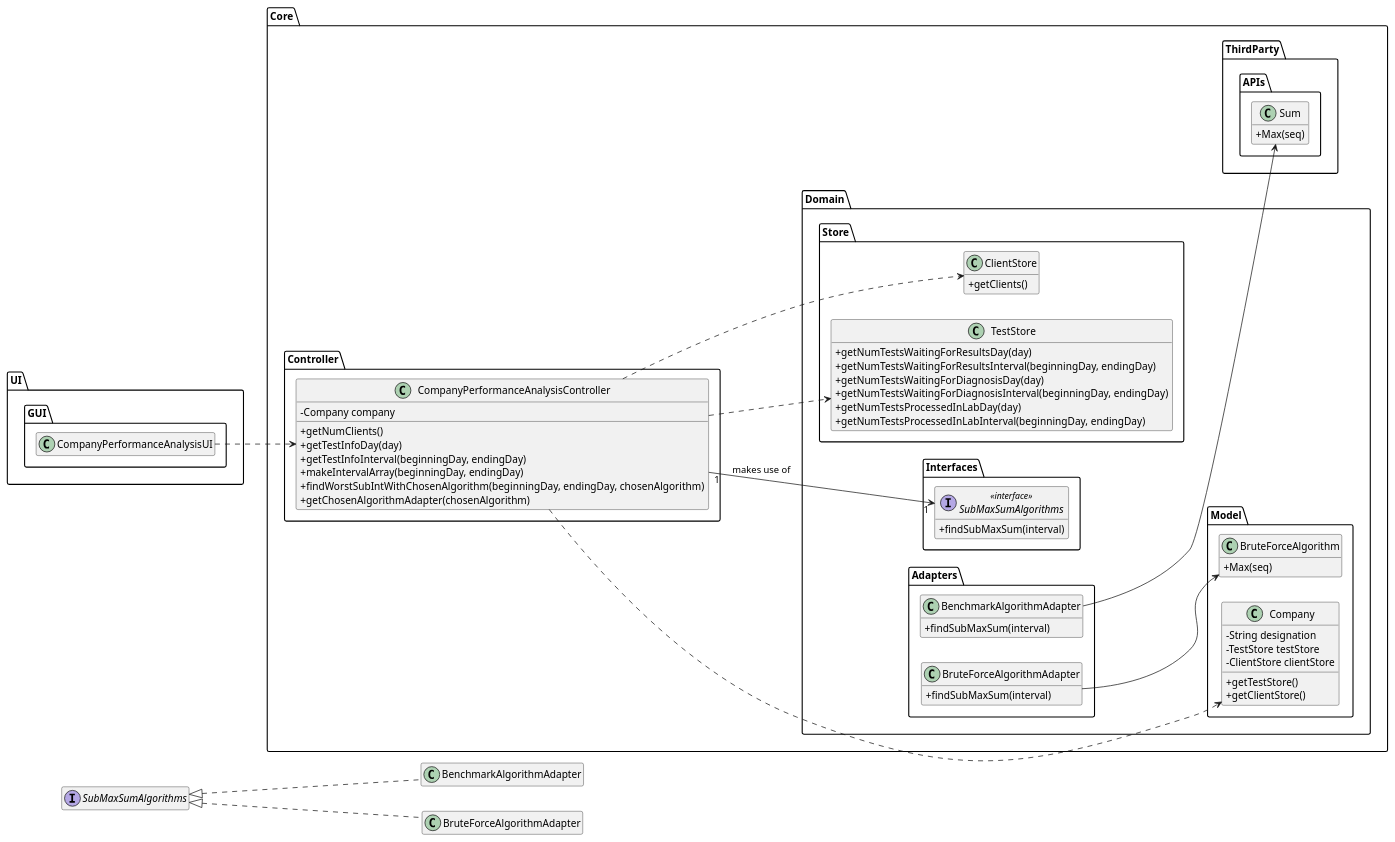
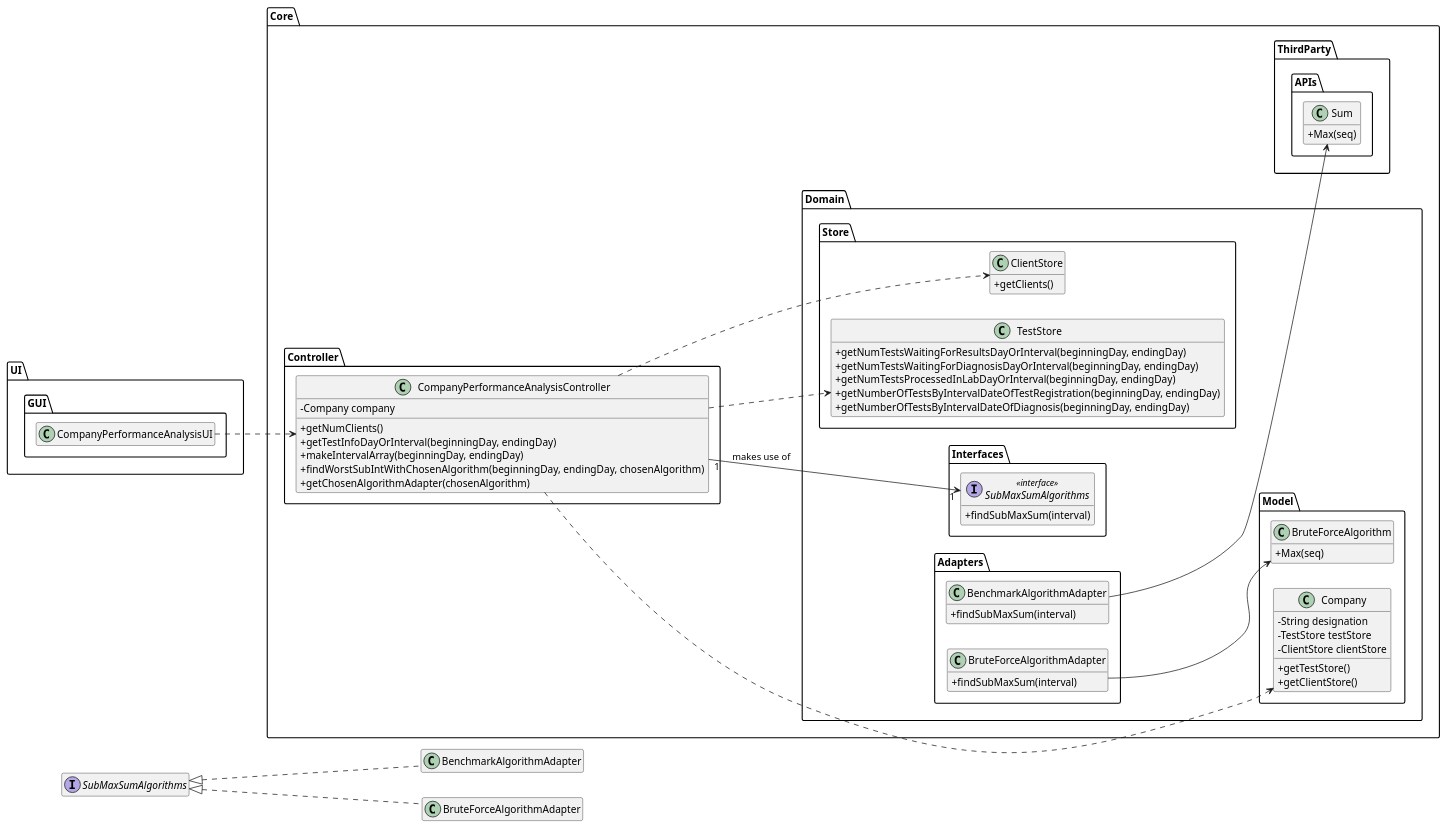
The diagram in docs/SprintD/US_16/US16_CD_WithPackages.puml (ana-albergaria/LAPR2-ISEP), drawn with PlantUML before and after one commit. The commit also changed 10 other files, not shown here.

Commit message:
Updated US16 Diagrams and Updated US16 Code.

```diff
--- a/docs/SprintD/US_16/US16_CD_WithPackages.puml
+++ b/docs/SprintD/US_16/US16_CD_WithPackages.puml
@@ -1,117 +1,115 @@
 @startuml
 'skinparam linetype ortho
 hide empty methods
 hide empty attributes
 left to right direction
 skinparam classAttributeIconSize 0
 
 package Core{
 
 package Domain {
 
 package Model{
 
 class Company {
     -String designation
     -TestStore testStore
     -ClientStore clientStore
     +getTestStore()
     +getClientStore()
 }
 
 class BruteForceAlgorithm{
     +Max(seq)
 }
 
 }
 
 package Interfaces {
 
 interface SubMaxSumAlgorithms <<interface>> {
     +findSubMaxSum(interval)
 }
 
 }
 
 package Store {
 
 class TestStore {
-    +getNumTestsWaitingForResultsDay(day)
-    +getNumTestsWaitingForResultsInterval(beginningDay, endingDay)
-    +getNumTestsWaitingForDiagnosisDay(day)
-    +getNumTestsWaitingForDiagnosisInterval(beginningDay, endingDay)
-    +getNumTestsProcessedInLabDay(day)
-    +getNumTestsProcessedInLabInterval(beginningDay, endingDay)
+    +getNumTestsWaitingForResultsDayOrInterval(beginningDay, endingDay)
+    +getNumTestsWaitingForDiagnosisDayOrInterval(beginningDay, endingDay)
+    +getNumTestsProcessedInLabDayOrInterval(beginningDay, endingDay)
+    +getNumberOfTestsByIntervalDateOfTestRegistration(beginningDay, endingDay)
+    +getNumberOfTestsByIntervalDateOfDiagnosis(beginningDay, endingDay)
 }
 
 class ClientStore {
     +getClients()
 }
 
 }
 
 package Adapters{
 
 class BenchmarkAlgorithmAdapter{
     +findSubMaxSum(interval)
 }
 
 class BruteForceAlgorithmAdapter{
     +findSubMaxSum(interval)
 }
 
 }
 
 }
 
 package Controller {
 
 class CompanyPerformanceAnalysisController{
     -Company company
     +getNumClients()
-    +getTestInfoDay(day)
-    +getTestInfoInterval(beginningDay, endingDay)
+    +getTestInfoDayOrInterval(beginningDay, endingDay)
     +makeIntervalArray(beginningDay, endingDay)
     +findWorstSubIntWithChosenAlgorithm(beginningDay, endingDay, chosenAlgorithm)
     +getChosenAlgorithmAdapter(chosenAlgorithm)
 }
 
 }
 
 package ThirdParty{
 
 package APIs {
 
 class Sum{
     +Max(seq)
 }
 
 }
 
 }
 
 }
 
 package UI {
 
 package GUI{
 
 class CompanyPerformanceAnalysisUI{
 }
 
 }
 
 }
 
 CompanyPerformanceAnalysisUI ..> CompanyPerformanceAnalysisController
 CompanyPerformanceAnalysisController ..> Company
 CompanyPerformanceAnalysisController ..> ClientStore
 CompanyPerformanceAnalysisController ..> TestStore
 CompanyPerformanceAnalysisController "1" --> "1" SubMaxSumAlgorithms : makes use of
 BenchmarkAlgorithmAdapter --> Sum
 BruteForceAlgorithmAdapter --> BruteForceAlgorithm
 
 class BenchmarkAlgorithmAdapter implements SubMaxSumAlgorithms
 class BruteForceAlgorithmAdapter implements SubMaxSumAlgorithms
 
 @enduml
```
